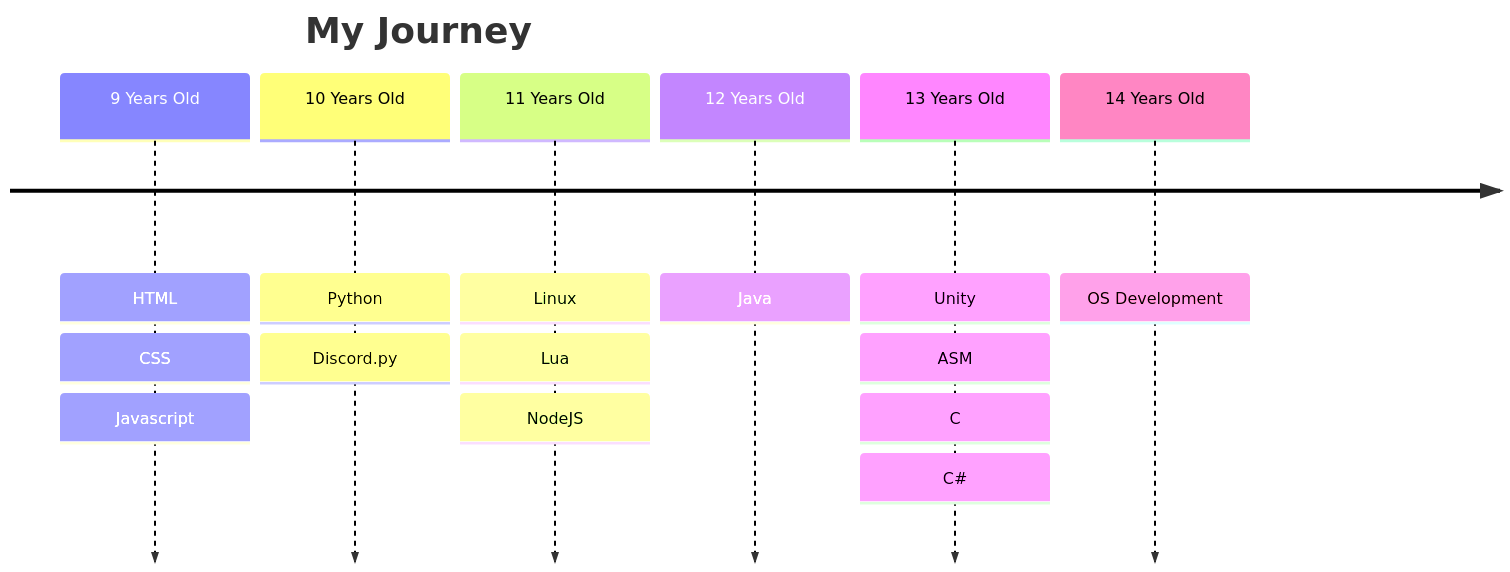
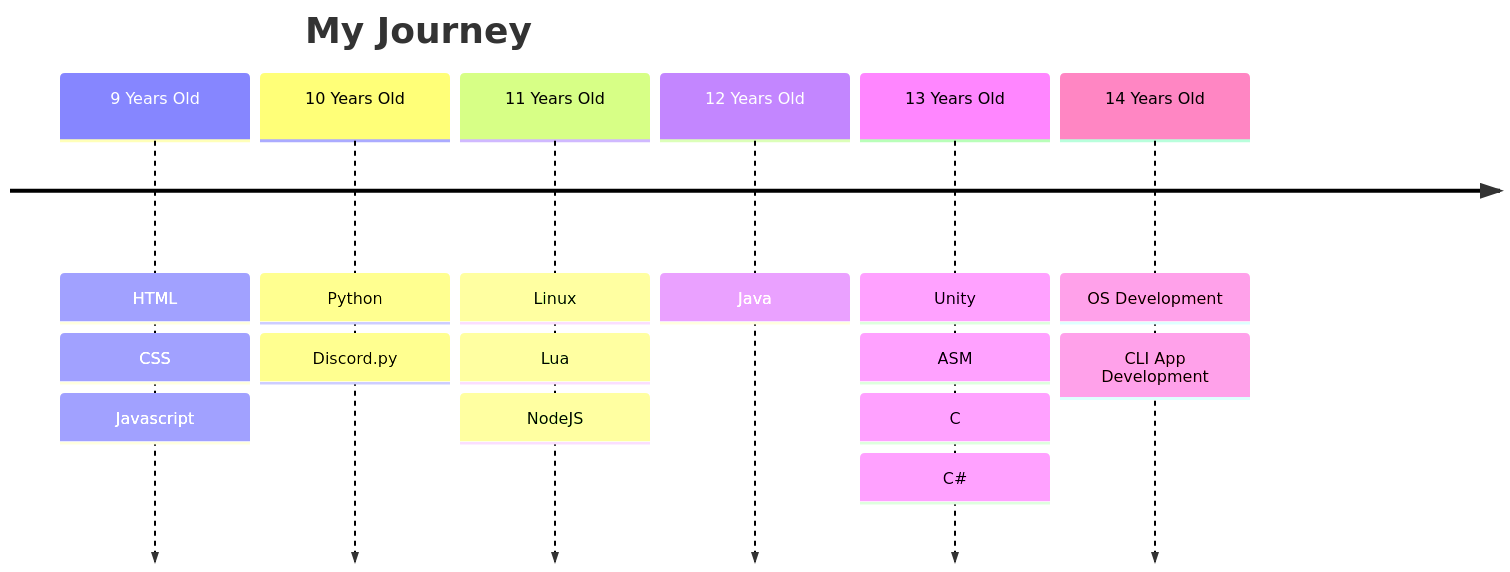
The diagram in README.md (LolgamerHDDE/LolgamerHDDE), drawn with Mermaid before and after one commit. The commit also changed other lines of this file, not shown here.

````diff
--- a/README.md
+++ b/README.md
@@ -52,24 +51,25 @@
 ```mermaid
 timeline
 title My Journey
 9 Years Old
   : HTML
   : CSS
   : Javascript
 10 Years Old
   : Python
   : Discord.py
 11 Years Old
   : Linux
   : Lua
   : NodeJS
 12 Years Old
   : Java
 13 Years Old
   : Unity
   : ASM
   : C
   : C#
 14 Years Old
   : OS Development
+  : CLI App Development
 ```   
````
